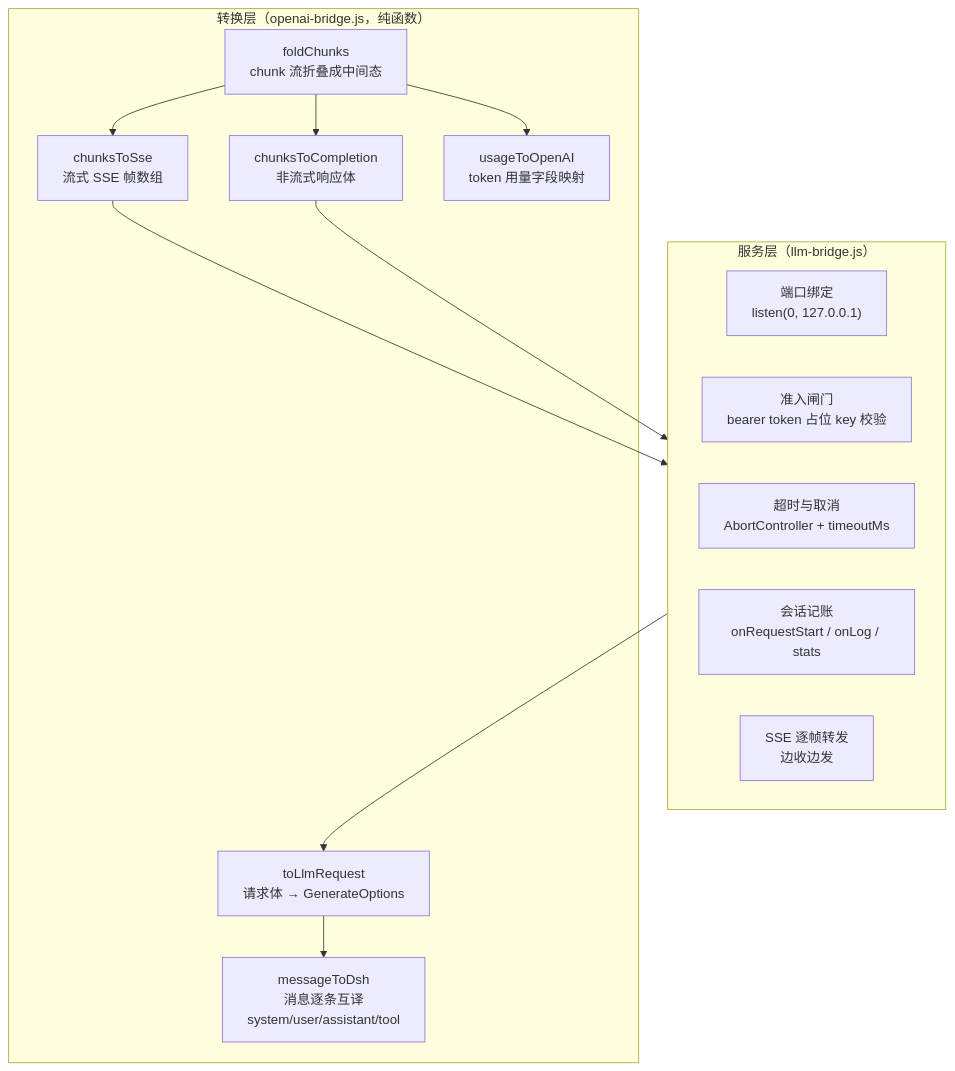
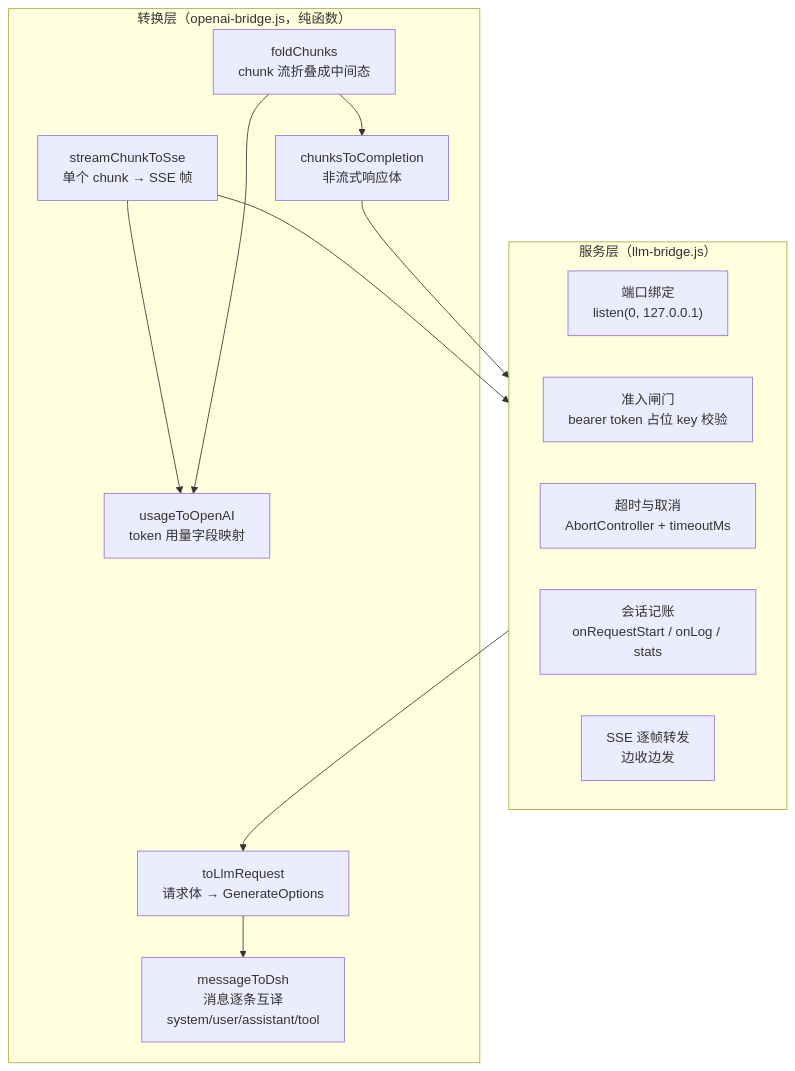
One commit to ikliml666/dsh-codewiki changed the second of 4 diagrams in .codewiki/modules/llm-integration-bridges.md. Above: the diagram before and after it, drawn with Mermaid. The commit also changed other lines of this file and 10 other files, not shown here.

````diff
--- a/.codewiki/modules/llm-integration-bridges.md
+++ b/.codewiki/modules/llm-integration-bridges.md
@@ -56,27 +56,27 @@
 ```mermaid
 flowchart TB
     subgraph S1["服务层（llm-bridge.js）"]
         R1["端口绑定<br/>listen(0, 127.0.0.1)"]
         R2["准入闸门<br/>bearer token 占位 key 校验"]
         R3["超时与取消<br/>AbortController + timeoutMs"]
         R4["会话记账<br/>onRequestStart / onLog / stats"]
         R5["SSE 逐帧转发<br/>边收边发"]
     end
 
     subgraph S2["转换层（openai-bridge.js，纯函数）"]
         C1["toLlmRequest<br/>请求体 → GenerateOptions"]
         C2["messageToDsh<br/>消息逐条互译<br/>system/user/assistant/tool"]
         C3["foldChunks<br/>chunk 流折叠成中间态"]
         C4["chunksToCompletion<br/>非流式响应体"]
-        C5["chunksToSse<br/>流式 SSE 帧数组"]
+        C5["streamChunkToSse<br/>单个 chunk → SSE 帧"]
         C6["usageToOpenAI<br/>token 用量字段映射"]
     end
 
     S1 --> C1
     C1 --> C2
     C5 --> S1
     C4 --> S1
     C3 --> C4
-    C3 --> C5
+    C5 --> C6
     C3 --> C6
 ```
````
